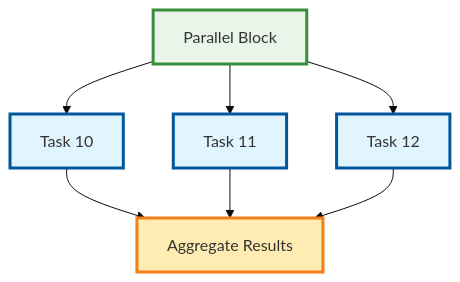
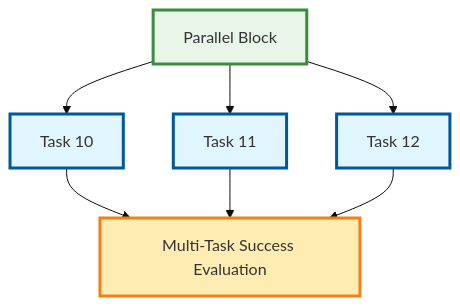
Before and after one commit to bastelbude1/Tasker: the seventh of 10 diagrams in TaskER_FlowChart.md, drawn with Mermaid. The commit also changed other lines of this file, not shown here.

First line of the commit message:
✨ Add dedicated Multi-Task Success Evaluation Block

````diff
--- a/TaskER_FlowChart.md
+++ b/TaskER_FlowChart.md
@@ -298,16 +298,16 @@
 ```mermaid
 %%{init: {'theme':'base', 'themeVariables': {'primaryColor':'#ffffff'}}}%%
 flowchart TD
     A[Parallel Block] --> B[Task 10]
     A --> C[Task 11]
     A --> D[Task 12]
-    B --> E[Aggregate Results]
+    B --> E[Multi-Task Success Evaluation]
     C --> E
     D --> E
 
     style A fill:#e8f5e8,stroke:#388e3c,stroke-width:3px
     style B fill:#e1f5fe,stroke:#01579b,stroke-width:3px
     style C fill:#e1f5fe,stroke:#01579b,stroke-width:3px
     style D fill:#e1f5fe,stroke:#01579b,stroke-width:3px
     style E fill:#ffecb3,stroke:#f57f17,stroke-width:3px
 ```
````
